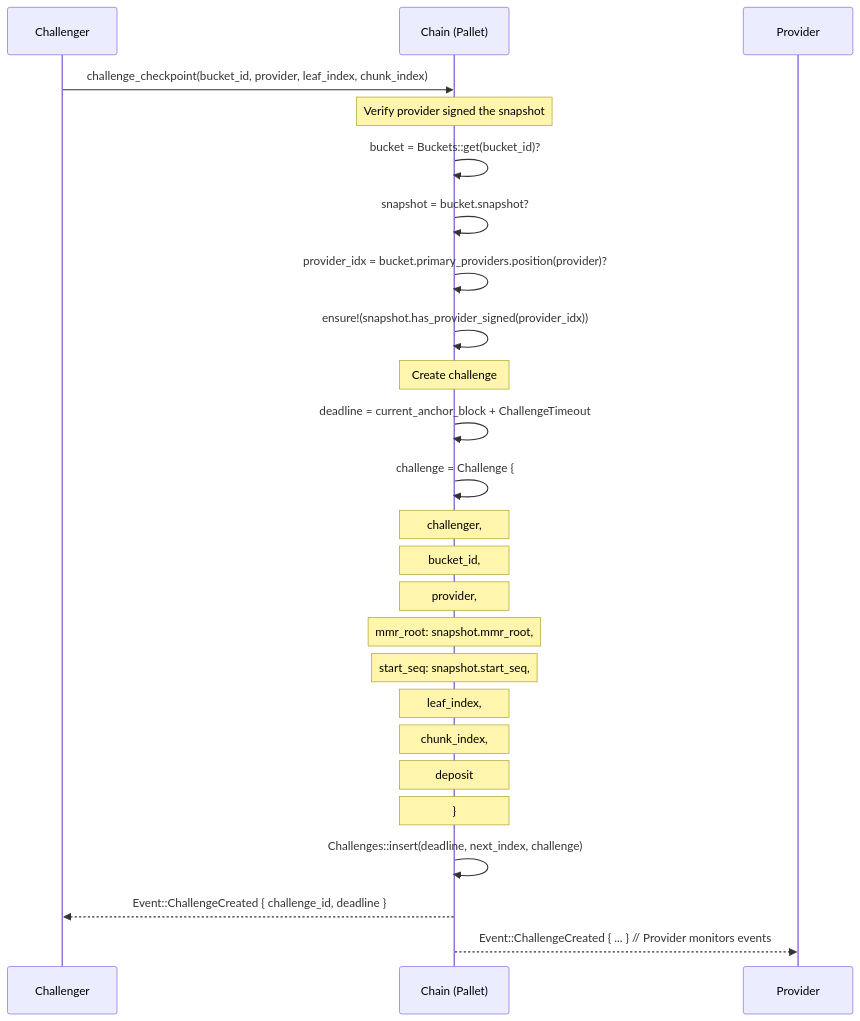
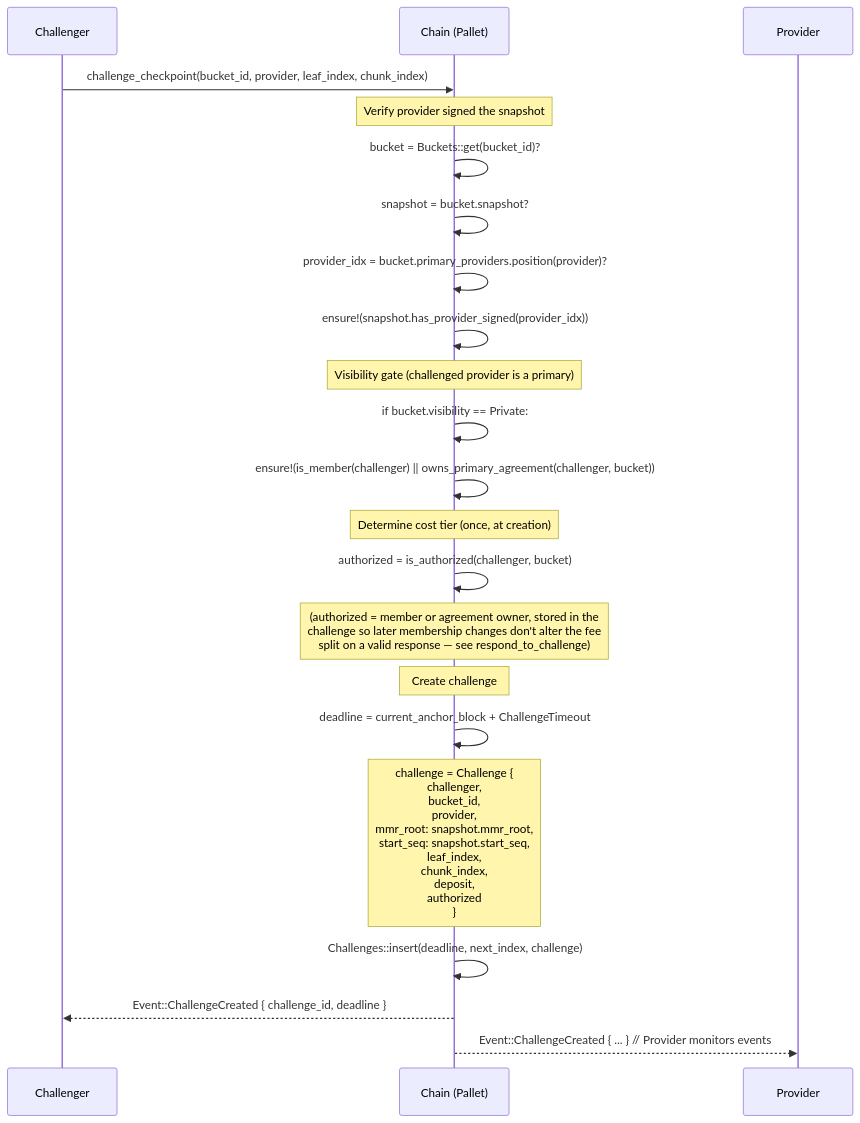
The ninth of 13 diagrams in docs/reference/EXECUTION_FLOWS.md (paritytech/web3-storage), drawn with Mermaid before and after one commit. The commit also changed other lines of this file and 3 other files, not shown here.

````diff
--- a/docs/reference/EXECUTION_FLOWS.md
+++ b/docs/reference/EXECUTION_FLOWS.md
@@ -467,32 +431,31 @@
 ```mermaid
 sequenceDiagram
     participant U as Challenger
     participant C as Chain (Pallet)
     participant P as Provider
 
     U->>C: challenge_checkpoint(bucket_id, provider, leaf_index, chunk_index)
 
     Note over C: Verify provider signed the snapshot
     C->>C: bucket = Buckets::get(bucket_id)?
     C->>C: snapshot = bucket.snapshot?
     C->>C: provider_idx = bucket.primary_providers.position(provider)?
     C->>C: ensure!(snapshot.has_provider_signed(provider_idx))
 
+    Note over C: Visibility gate (challenged provider is a primary)
+    C->>C: if bucket.visibility == Private:
+    C->>C:   ensure!(is_member(challenger) || owns_primary_agreement(challenger, bucket))
+
+    Note over C: Determine cost tier (once, at creation)
+    C->>C: authorized = is_authorized(challenger, bucket)
+    Note over C: (authorized = member or agreement owner, stored in the<br/>challenge so later membership changes don't alter the fee<br/>split on a valid response — see respond_to_challenge)
+
     Note over C: Create challenge
     C->>C: deadline = current_anchor_block + ChallengeTimeout
-    C->>C: challenge = Challenge {
-    Note over C:   challenger,
-    Note over C:   bucket_id,
-    Note over C:   provider,
-    Note over C:   mmr_root: snapshot.mmr_root,
-    Note over C:   start_seq: snapshot.start_seq,
-    Note over C:   leaf_index,
-    Note over C:   chunk_index,
-    Note over C:   deposit
-    Note over C: }
+    Note over C: challenge = Challenge {<br/> challenger,<br/> bucket_id,<br/> provider,<br/> mmr_root: snapshot.mmr_root,<br/> start_seq: snapshot.start_seq,<br/> leaf_index,<br/> chunk_index,<br/> deposit,<br/> authorized<br/>}
 
     C->>C: Challenges::insert(deadline, next_index, challenge)
 
     C-->>U: Event::ChallengeCreated { challenge_id, deadline }
     C-->>P: Event::ChallengeCreated { ... }  // Provider monitors events
 ```
````
